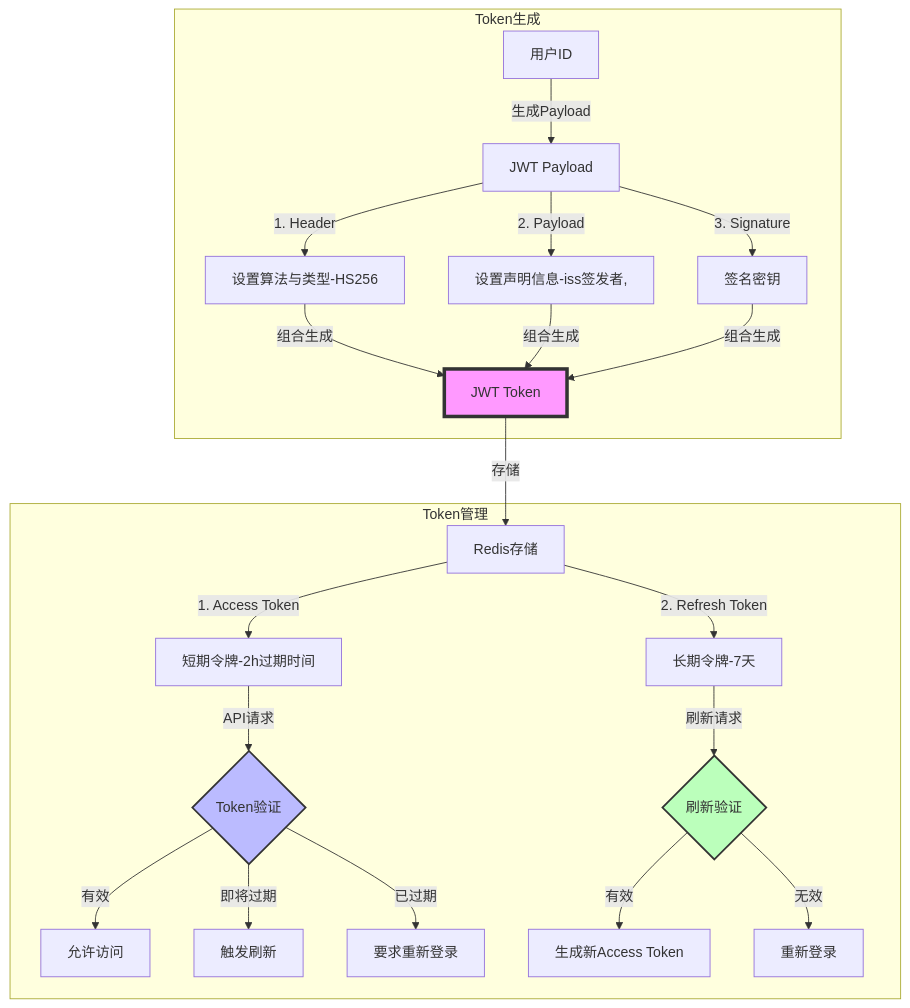
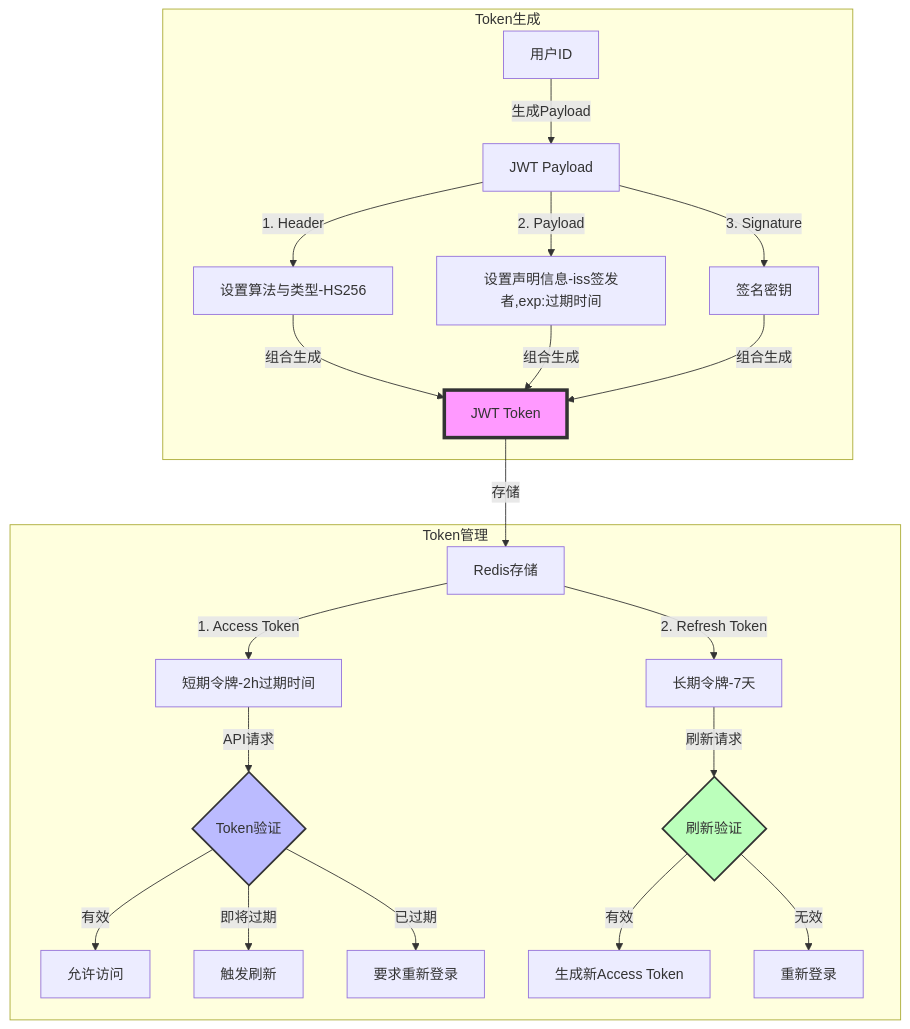
Before and after one commit to yingjianzh/iodraw-files: the diagram in all/未命名-10.md, drawn with Mermaid.

Commit message:
2025-01-02 11:13:00 update

````diff
--- a/all/未命名-10.md
+++ b/all/未命名-10.md
@@ -1,32 +1,32 @@
 ```mermaid
 
 flowchart TD
     subgraph Token生成
         A[用户ID] -->|生成Payload| B[JWT Payload]
         B -->|1. Header| C[设置算法与类型-HS256]
-        B -->|2. Payload| D[设置声明信息-iss签发者,]
+        B -->|2. Payload| D[设置声明信息-iss签发者,exp:过期时间]
         B -->|3. Signature| E[签名密钥]
         C & D & E -->|组合生成| F[JWT Token]
     end
 
 
     subgraph Token管理
         F -->|存储| G[Redis存储]
         G -->|1. Access Token| H[短期令牌-2h过期时间]
         G -->|2. Refresh Token| I[长期令牌-7天]
         
         H -->|API请求| J{Token验证}
         J -->|有效| K[允许访问]
         J -->|即将过期| L[触发刷新]
         J -->|已过期| M[要求重新登录]
         
         I -->|刷新请求| N{刷新验证}
         N -->|有效| O[生成新Access Token]
         N -->|无效| P[重新登录]
     end
 
     style F fill:#f9f,stroke:#333,stroke-width:4px
     style J fill:#bbf,stroke:#333,stroke-width:2px
     style N fill:#bfb,stroke:#333,stroke-width:2px
 
 ```
````
